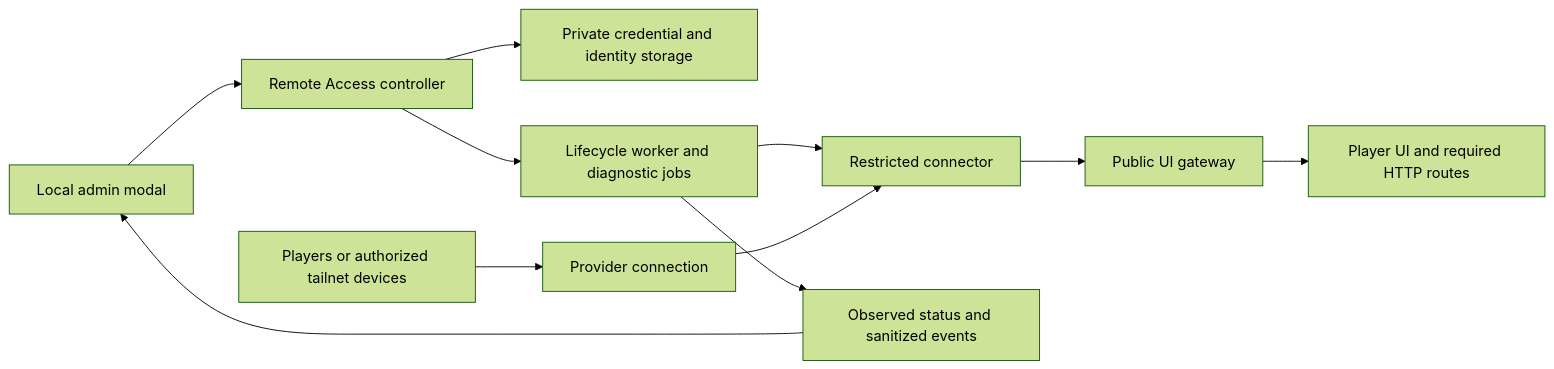
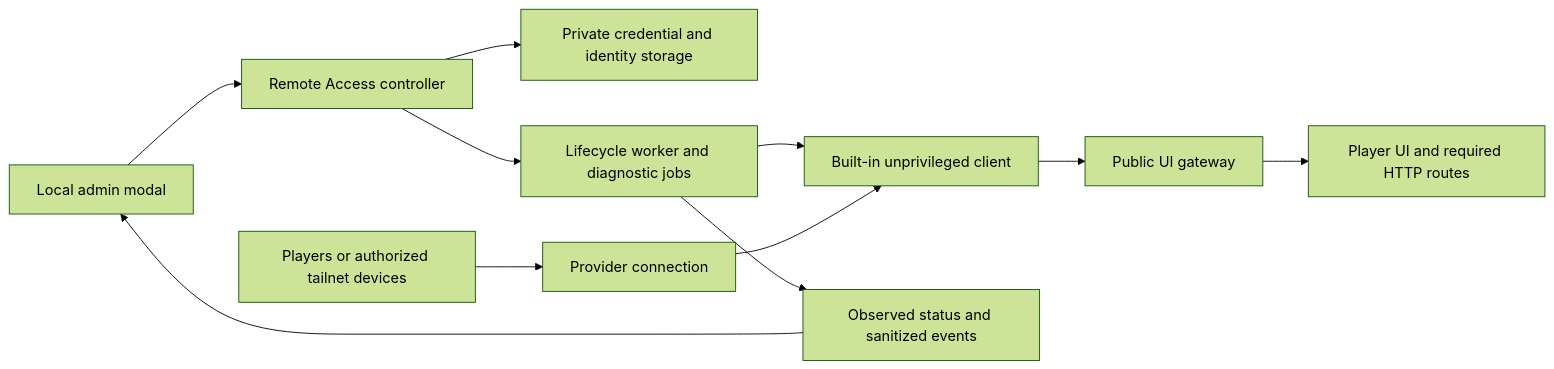
Before and after one commit to brianmiller/phvalheim-server: the diagram in docs/DESIGN-REMOTE-ACCESS-2.62.md, drawn with Mermaid (forest theme). The commit also changed other lines of this file and 17 other files, not shown here.

````diff
--- a/docs/DESIGN-REMOTE-ACCESS-2.62.md
+++ b/docs/DESIGN-REMOTE-ACCESS-2.62.md
@@ -244,13 +242,13 @@
 ```mermaid
 flowchart LR
     A[Local admin modal] --> C[Remote Access controller]
     C --> S[Private credential and identity storage]
     C --> W[Lifecycle worker and diagnostic jobs]
-    W --> K[Restricted connector]
+    W --> K[Built-in unprivileged client]
     P[Players or authorized tailnet devices] --> E[Provider connection]
     E --> K
     K --> G[Public UI gateway]
     G --> U[Player UI and required HTTP routes]
     W --> R[Observed status and sanitized events]
     R --> A
 ```
````
